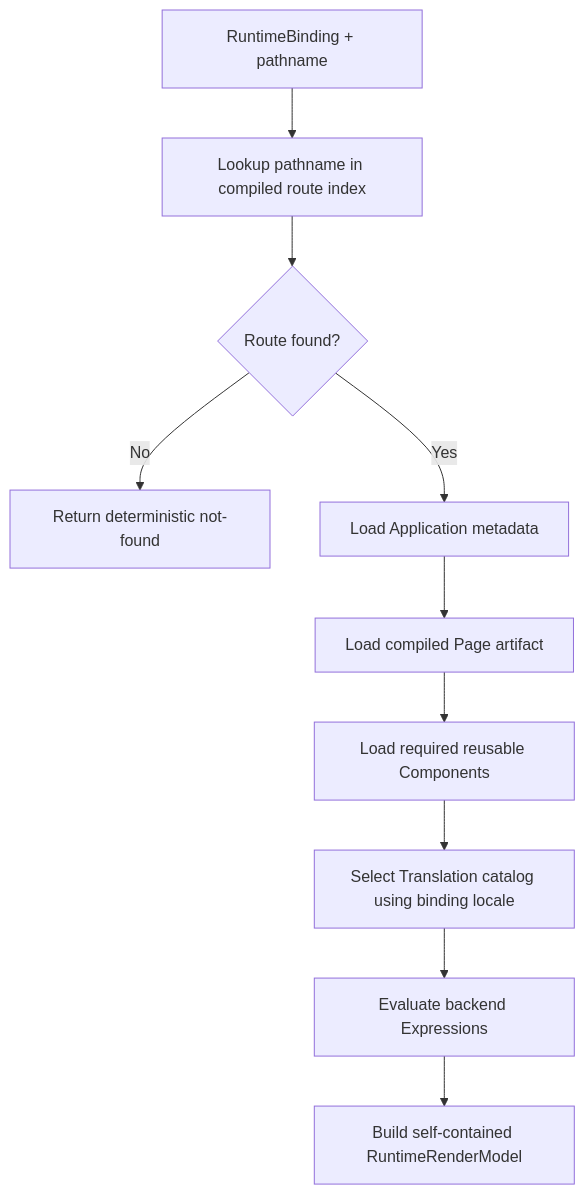
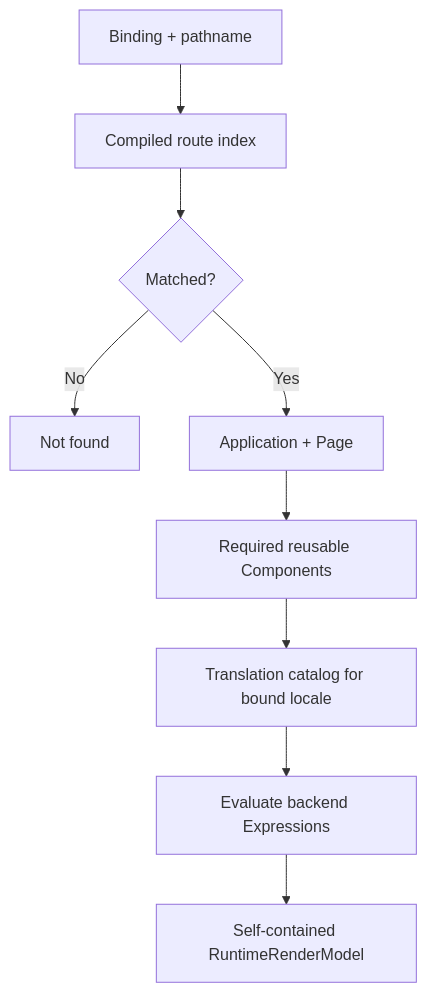
One commit to taskmigo/docs changed the fourth of 11 diagrams in content/versions/v0/developer/resource-runtime.mdx. Above: the diagram before and after it, drawn with Mermaid. The commit also changed other lines of this file, not shown here.

Commit message:
docs: streamline runtime binding implementation

````diff
--- a/content/versions/v0/developer/resource-runtime.mdx
+++ b/content/versions/v0/developer/resource-runtime.mdx
@@ -209,12 +168,11 @@
 ```mermaid
 flowchart TD
-  input["RuntimeBinding + pathname"] --> route["Lookup pathname in compiled route index"]
-  route --> found{"Route found?"}
-  found -->|No| notfound["Return deterministic not-found"]
-  found -->|Yes| app["Load Application metadata"]
-  app --> page["Load compiled Page artifact"]
-  page --> deps["Load required reusable Components"]
-  deps --> trans["Select Translation catalog using binding locale"]
-  trans --> expr["Evaluate backend Expressions"]
-  expr --> output["Build self-contained RuntimeRenderModel"]
+  input["Binding + pathname"] --> route["Compiled route index"]
+  route --> found{"Matched?"}
+  found -->|"No"| notfound["Not found"]
+  found -->|"Yes"| page["Application + Page"]
+  page --> component["Required reusable Components"]
+  component --> translation["Translation catalog for bound locale"]
+  translation --> expression["Evaluate backend Expressions"]
+  expression --> model["Self-contained RuntimeRenderModel"]
 ```
````
